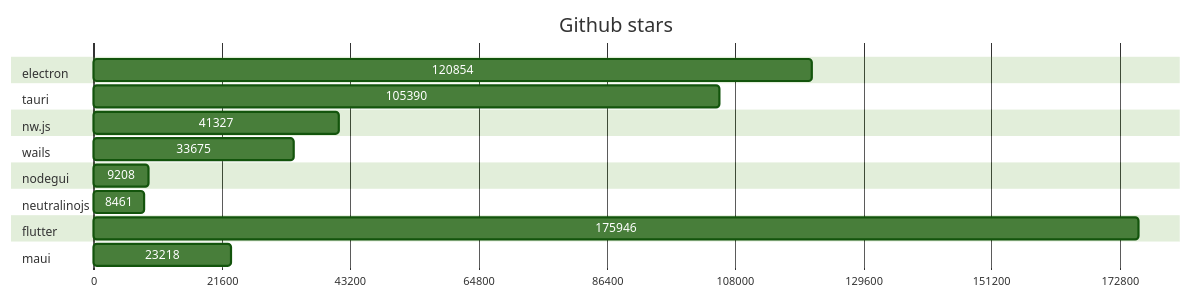
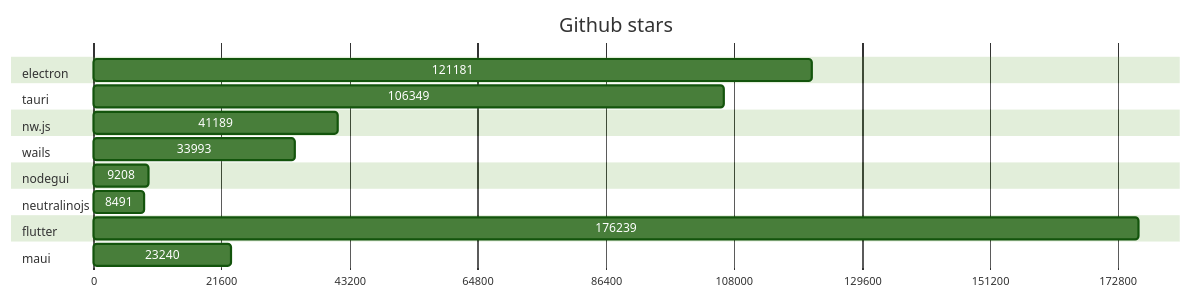
Before and after one commit to Elanis/web-to-desktop-framework-comparison: the first of 2 diagrams in GRAPHS.md, drawn with Mermaid (forest theme). The commit also changed other lines of this file and 2 other files, not shown here.

````diff
--- a/GRAPHS.md
+++ b/GRAPHS.md
@@ -5,40 +5,40 @@
 ```mermaid
 gantt
     title Github stars
     dateFormat  X
     axisFormat %s
 
 
 	section electron
-	120854 : 0, 120854
+	121181 : 0, 121181
 
 	
 	section tauri
-	105390 : 0, 105390
+	106349 : 0, 106349
 
 	
 	section nw.js
-	41327 : 0, 41327
+	41189 : 0, 41189
 
 	
 	section wails
-	33675 : 0, 33675
+	33993 : 0, 33993
 
 	
 	section nodegui
 	9208 : 0, 9208
 
 	
 	section neutralinojs
-	8461 : 0, 8461
+	8491 : 0, 8491
 
 	
 	section flutter
-	175946 : 0, 175946
+	176239 : 0, 176239
 
 	
 	section maui
-	23218 : 0, 23218
+	23240 : 0, 23240
 
 	
 ```
````
